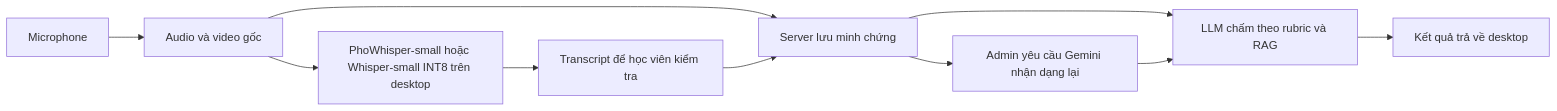
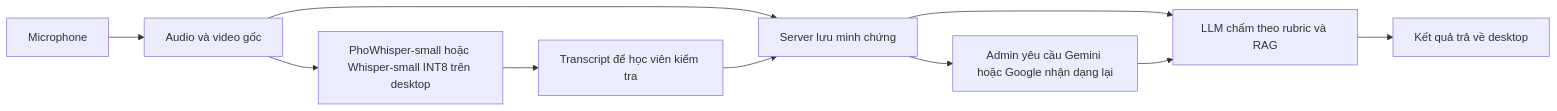
One commit to NCKH-LongT/AI-Oral-Assessment-Platform changed the second of 2 diagrams in docs/architecture/knowledge-speech.md. Above: the diagram before and after it, drawn with Mermaid. The commit also changed other lines of this file and 23 other files, not shown here.

Commit message:
feat: add local and online backend switching and refresh architecture docs

````diff
--- a/docs/architecture/knowledge-speech.md
+++ b/docs/architecture/knowledge-speech.md
@@ -32,12 +32,12 @@
 ```mermaid
 flowchart LR
   Mic[Microphone] --> Raw[Audio và video gốc]
   Raw --> Local[PhoWhisper-small hoặc Whisper-small INT8 trên desktop]
   Local --> Text[Transcript để học viên kiểm tra]
   Raw --> Server[Server lưu minh chứng]
   Text --> Server
   Server --> Grade[LLM chấm theo rubric và RAG]
   Grade --> Result[Kết quả trả về desktop]
-  Server --> Review[Admin yêu cầu Gemini nhận dạng lại]
+  Server --> Review[Admin yêu cầu Gemini hoặc Google nhận dạng lại]
   Review --> Grade
 ```
````
